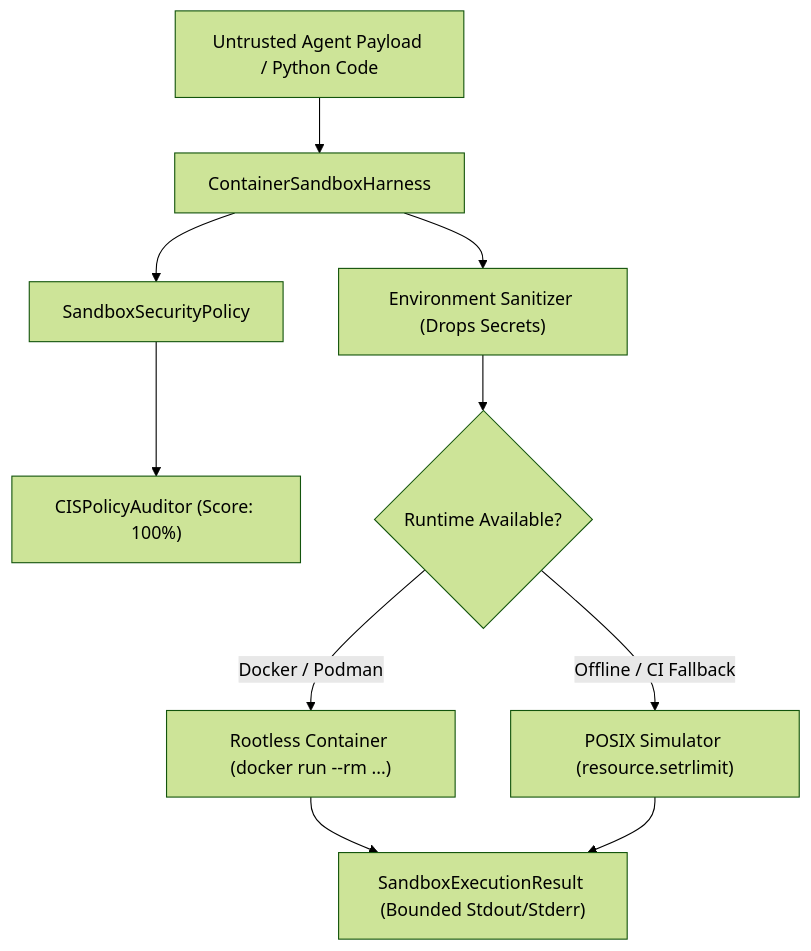
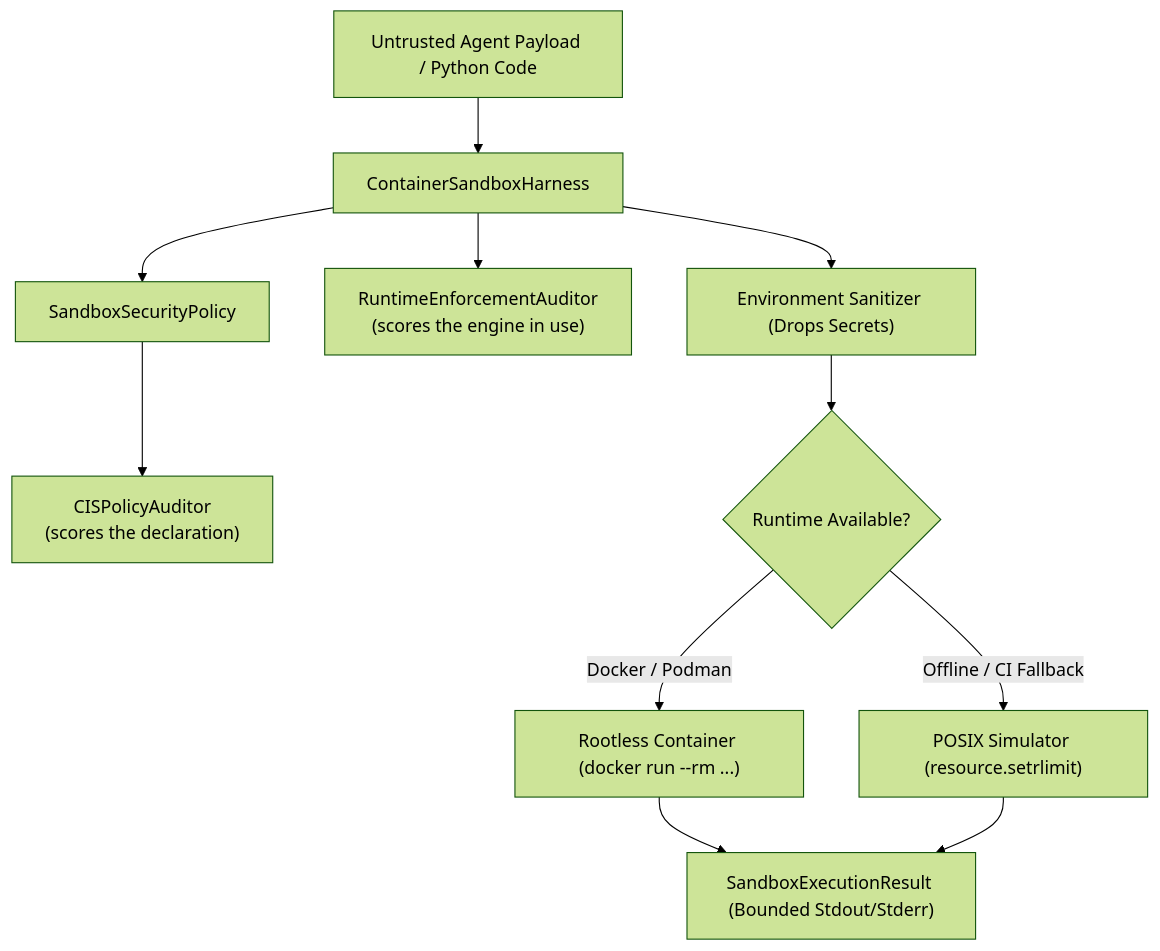
Before and after one commit to dan-petty/vibes: the diagram in examples/ephemeral-container-sandbox/README.md, drawn with Mermaid (forest theme). The commit also changed other lines of this file and 8 other files, not shown here.

````diff
--- a/examples/ephemeral-container-sandbox/README.md
+++ b/examples/ephemeral-container-sandbox/README.md
@@ -39,12 +42,13 @@
 ```mermaid
 flowchart TD
     Payload["Untrusted Agent Payload / Python Code"] --> Harness["ContainerSandboxHarness"]
     Harness --> Policy["SandboxSecurityPolicy"]
-    Policy --> Auditor["CISPolicyAuditor (Score: 100%)"]
+    Policy --> Auditor["CISPolicyAuditor<br/>(scores the declaration)"]
+    Harness --> Enforcement["RuntimeEnforcementAuditor<br/>(scores the engine in use)"]
     Harness --> Sanitizer["Environment Sanitizer (Drops Secrets)"]
     Sanitizer --> EngineSelector{"Runtime Available?"}
     EngineSelector -->|"Docker / Podman"| ContainerEngine["Rootless Container (docker run --rm ...)"]
     EngineSelector -->|"Offline / CI Fallback"| SimulatorEngine["POSIX Simulator (resource.setrlimit)"]
     ContainerEngine --> Result["SandboxExecutionResult (Bounded Stdout/Stderr)"]
     SimulatorEngine --> Result
 ```
````
